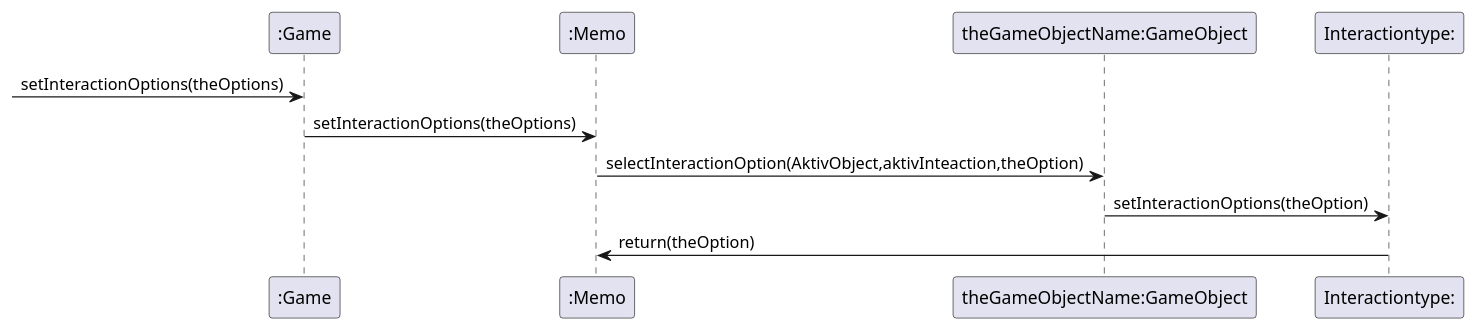
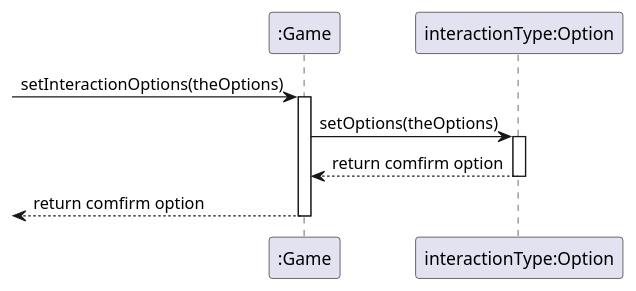
One commit to EdvinKristiansson/PA1459 changed the diagram in setInteractionOption(theOptopn).plantuml. Above: the diagram before and after it, drawn with PlantUML. The commit also changed 5 other files, not shown here.

```diff
--- a/setInteractionOption(theOptopn).plantuml
+++ b/setInteractionOption(theOptopn).plantuml
@@ -1,15 +1,16 @@
 @startuml
 
 participant ":Game" as gm
-participant ":Memo" as me
-participant "theGameObjectName:GameObject" as go
-participant "Interactiontype:" as in
+participant "interactionType:Option" as op
 
 
 
 -> gm : setInteractionOptions(theOptions)
-gm -> me : setInteractionOptions(theOptions)
-me -> go : selectInteractionOption(AktivObject,aktivInteaction,theOption)
-go -> in : setInteractionOptions(theOption)
-in -> me : return(theOption)
+activate gm
+gm -> op : setOptions(theOptions)
+activate op
+op --> gm : return comfirm option
+deactivate op
+<-- gm : return comfirm option
+deactivate gm
 @enduml
```
